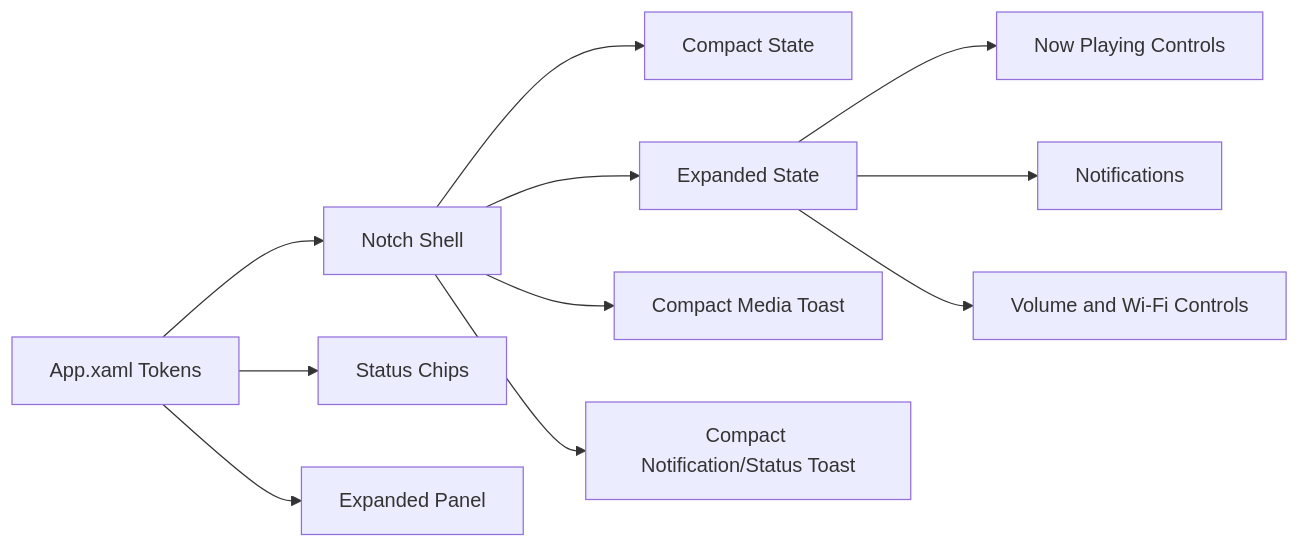
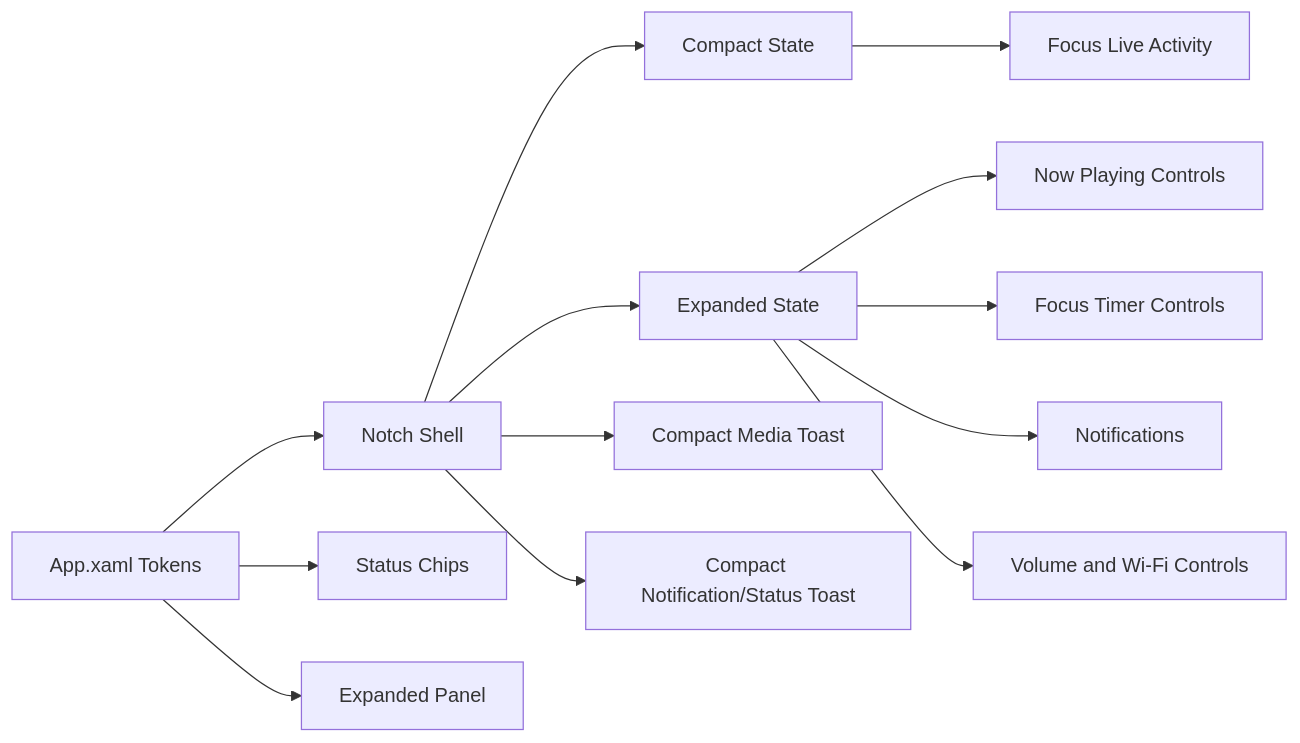
Before and after one commit to mjmajlesi/winotch: the second of 2 diagrams in docs/architecture.md, drawn with Mermaid. The commit also changed other lines of this file and 5 other files, not shown here.

Commit message:
Wire focus timer into shell

````diff
--- a/docs/architecture.md
+++ b/docs/architecture.md
@@ -26,13 +28,15 @@
 ```mermaid
 flowchart LR
     Tokens["App.xaml Tokens"] --> Shell["Notch Shell"]
     Tokens --> Chips["Status Chips"]
     Tokens --> Panel["Expanded Panel"]
     Shell --> Compact["Compact State"]
     Shell --> Expanded["Expanded State"]
     Expanded --> Media["Now Playing Controls"]
+    Expanded --> FocusPanel["Focus Timer Controls"]
+    Compact --> FocusLive["Focus Live Activity"]
     Shell --> MediaToast["Compact Media Toast"]
     Shell --> NotificationToast["Compact Notification/Status Toast"]
     Expanded --> Notifications["Notifications"]
     Expanded --> Controls["Volume and Wi-Fi Controls"]
 ```
````
